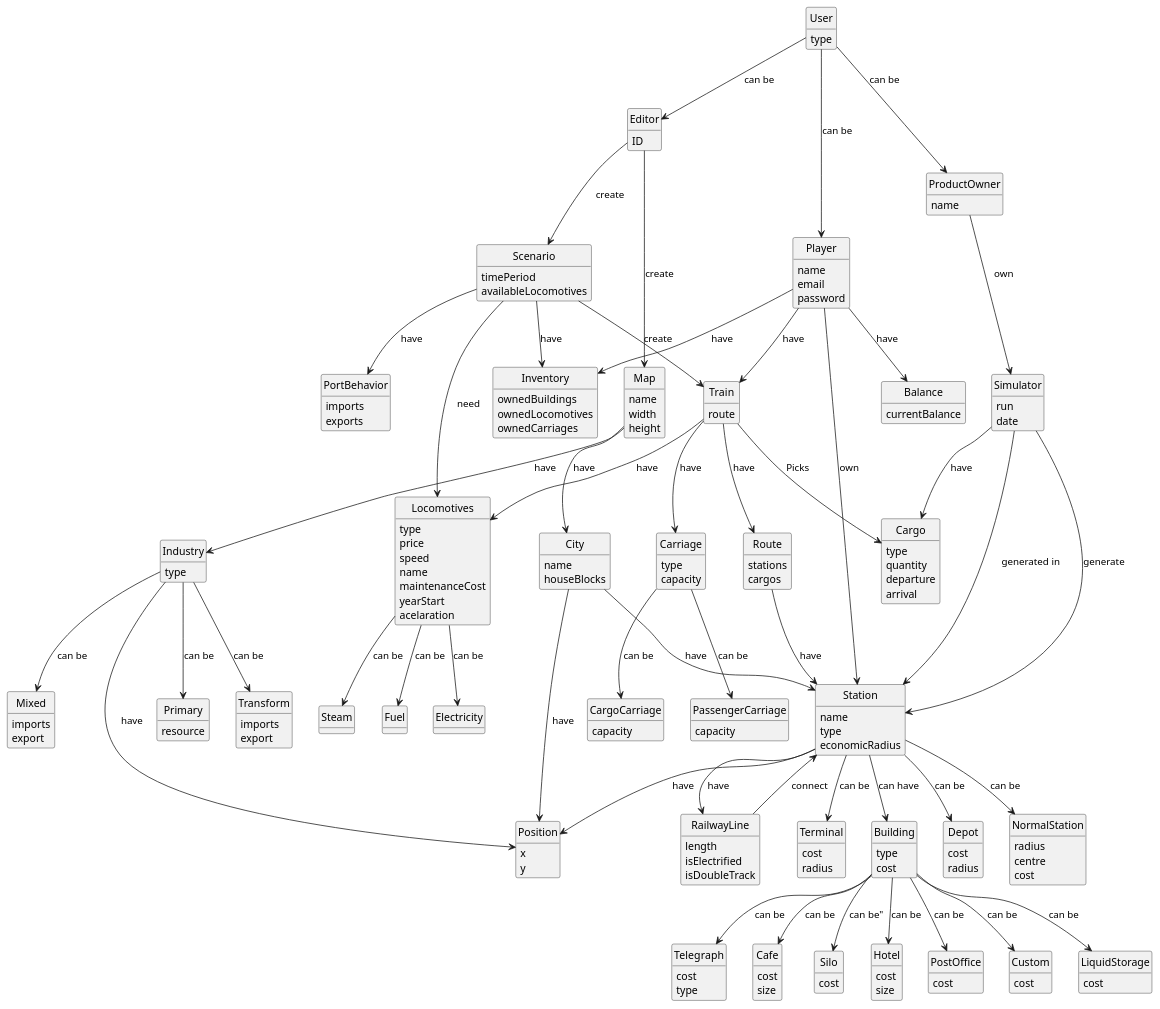
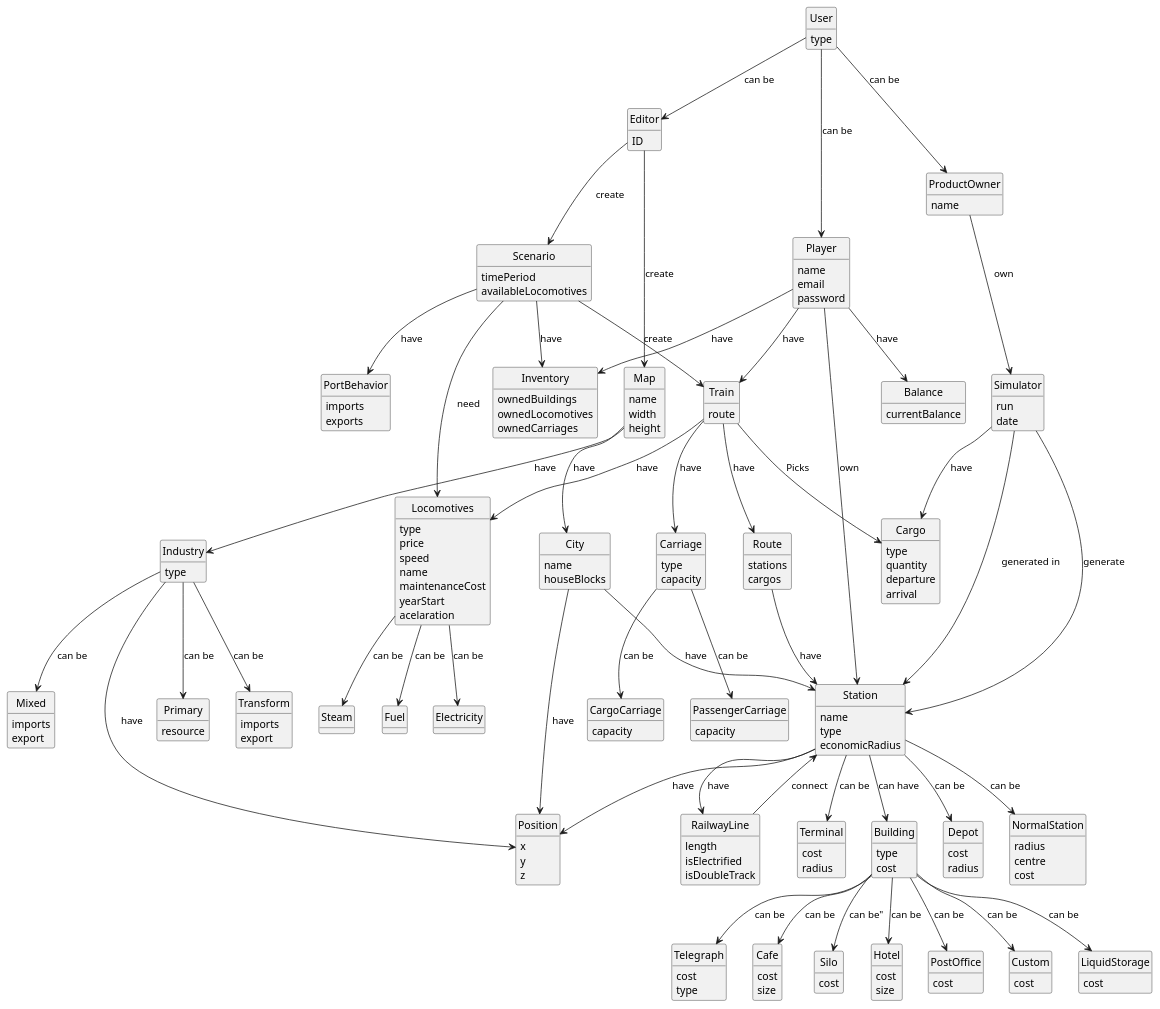
Before and after one commit to Andremonteiro1240850/railway_simulator: the diagram in Sprint2/global-artifacts/02.analisys/uml/Domainmodel.puml, drawn with PlantUML. The commit also changed 10 other files, not shown here.

```diff
--- a/Sprint2/global-artifacts/02.analisys/uml/Domainmodel.puml
+++ b/Sprint2/global-artifacts/02.analisys/uml/Domainmodel.puml
@@ -51,6 +51,7 @@
     class Position {
         x
         y
+        z
     }
 
     Map  -->  City : "have"
```
